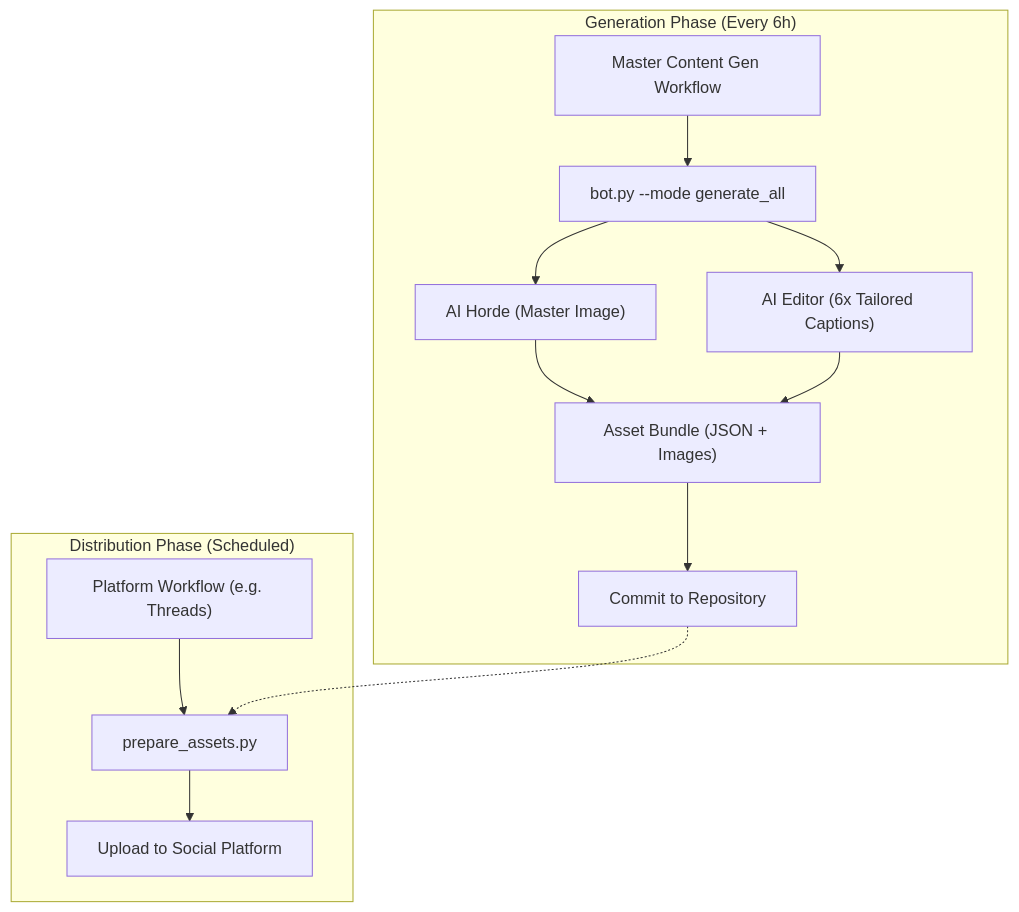
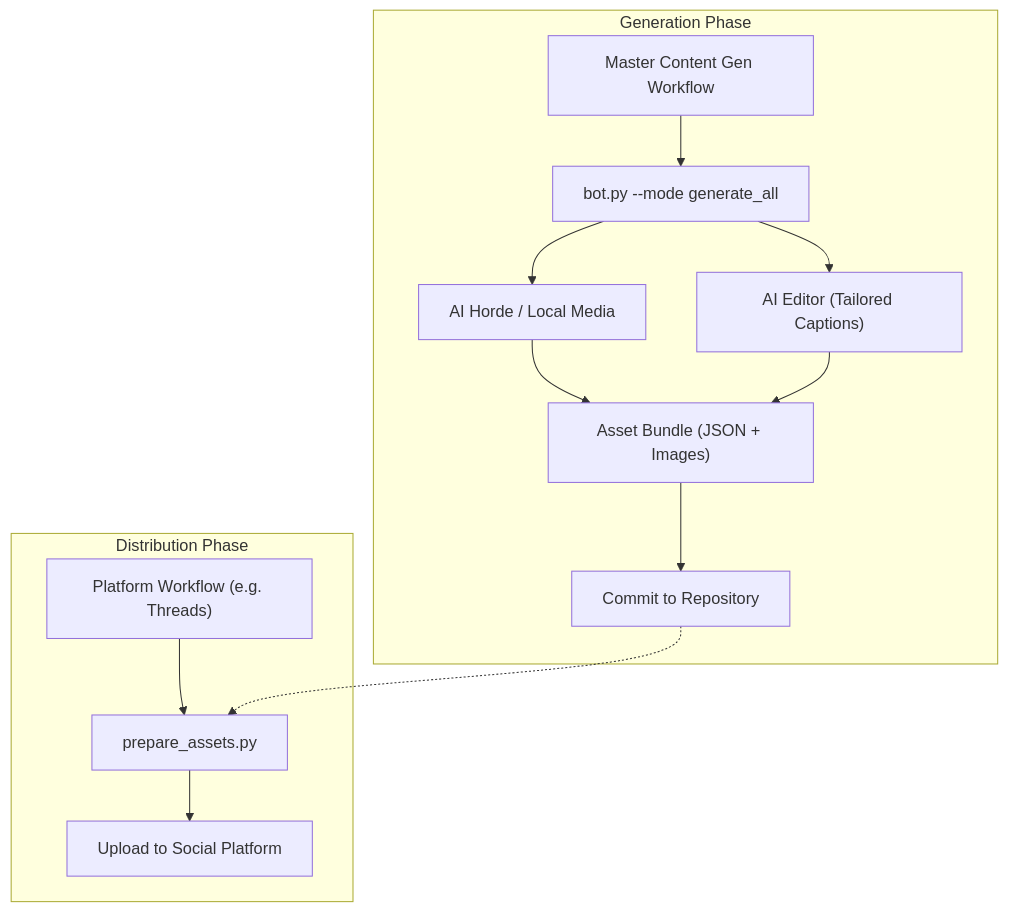
The diagram in README.md (iyeque/ig-autobot), drawn with Mermaid before and after one commit. The commit also changed other lines of this file and 35 other files, not shown here.

````diff
--- a/README.md
+++ b/README.md
@@ -23,17 +23,17 @@
 ```mermaid
 graph TD
-    subgraph "Generation Phase (Every 6h)"
+    subgraph "Generation Phase"
         A["Master Content Gen Workflow"] --> B["bot.py --mode generate_all"]
-        B --> C["AI Horde (Master Image)"]
-        B --> D["AI Editor (6x Tailored Captions)"]
+        B --> C["AI Horde / Local Media"]
+        B --> D["AI Editor (Tailored Captions)"]
         C --> E["Asset Bundle (JSON + Images)"]
         D --> E
         E --> F["Commit to Repository"]
     end
 
-    subgraph "Distribution Phase (Scheduled)"
+    subgraph "Distribution Phase"
         G["Platform Workflow (e.g. Threads)"] --> H["prepare_assets.py"]
         F -.-> H
         H --> I["Upload to Social Platform"]
     end
 ```
````
